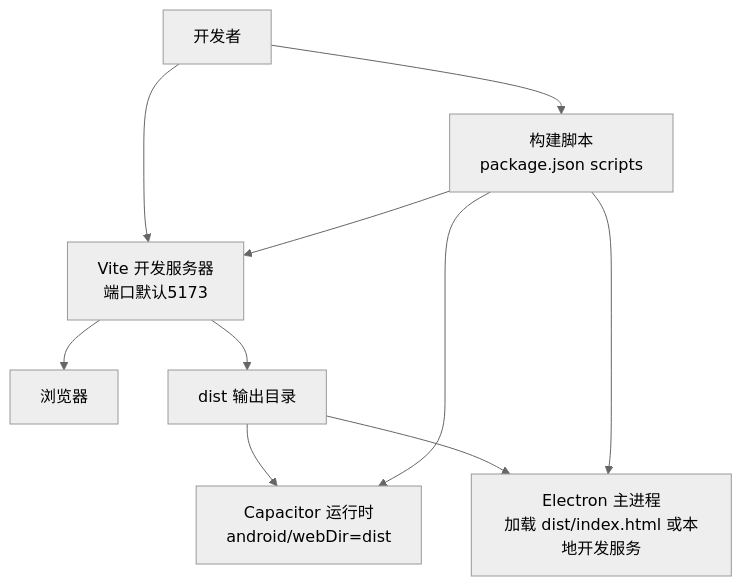
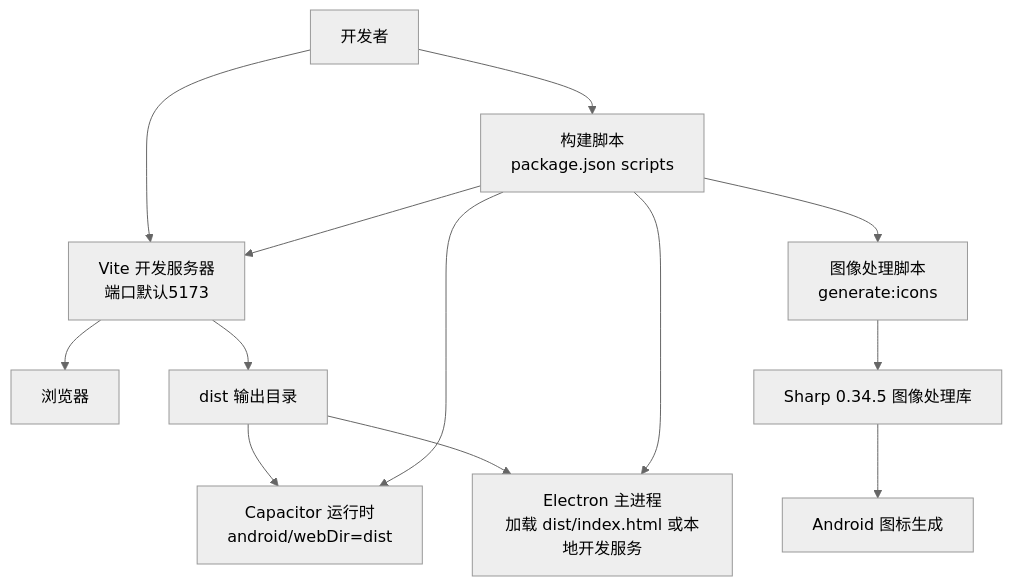
Before and after one commit to xiao-lin-unit/yuan: the first of 10 diagrams in .qoder/repowiki/zh/content/构建与部署/Web构建配置.md, drawn with Mermaid (neutral theme). The commit also changed other lines of this file and 11 other files, not shown here.

````diff
--- a/.qoder/repowiki/zh/content/构建与部署/Web构建配置.md
+++ b/.qoder/repowiki/zh/content/构建与部署/Web构建配置.md
@@ -40,12 +44,15 @@
 ```mermaid
 graph TB
 Dev["开发者"] --> Vite["Vite 开发服务器<br/>端口默认5173"]
 Vite --> Browser["浏览器"]
 Vite --> Dist["dist 输出目录"]
 Dist --> Capacitor["Capacitor 运行时<br/>android/webDir=dist"]
 Dist --> Electron["Electron 主进程<br/>加载 dist/index.html 或本地开发服务"]
 Dev --> Scripts["构建脚本<br/>package.json scripts"]
 Scripts --> Vite
 Scripts --> Electron
 Scripts --> Capacitor
+Scripts --> IconGen["图像处理脚本<br/>generate:icons"]
+IconGen --> Sharp["Sharp 0.34.5 图像处理库"]
+Sharp --> AndroidIcons["Android 图标生成"]
 ```
````
